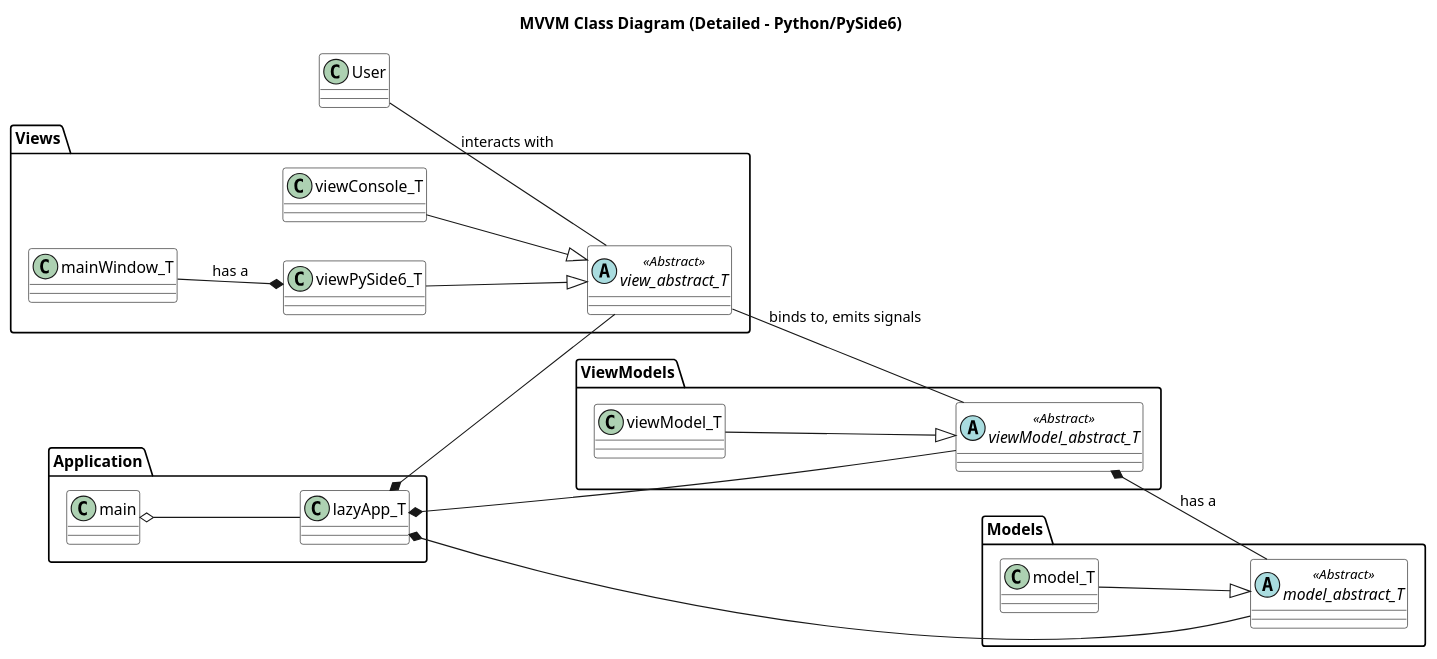
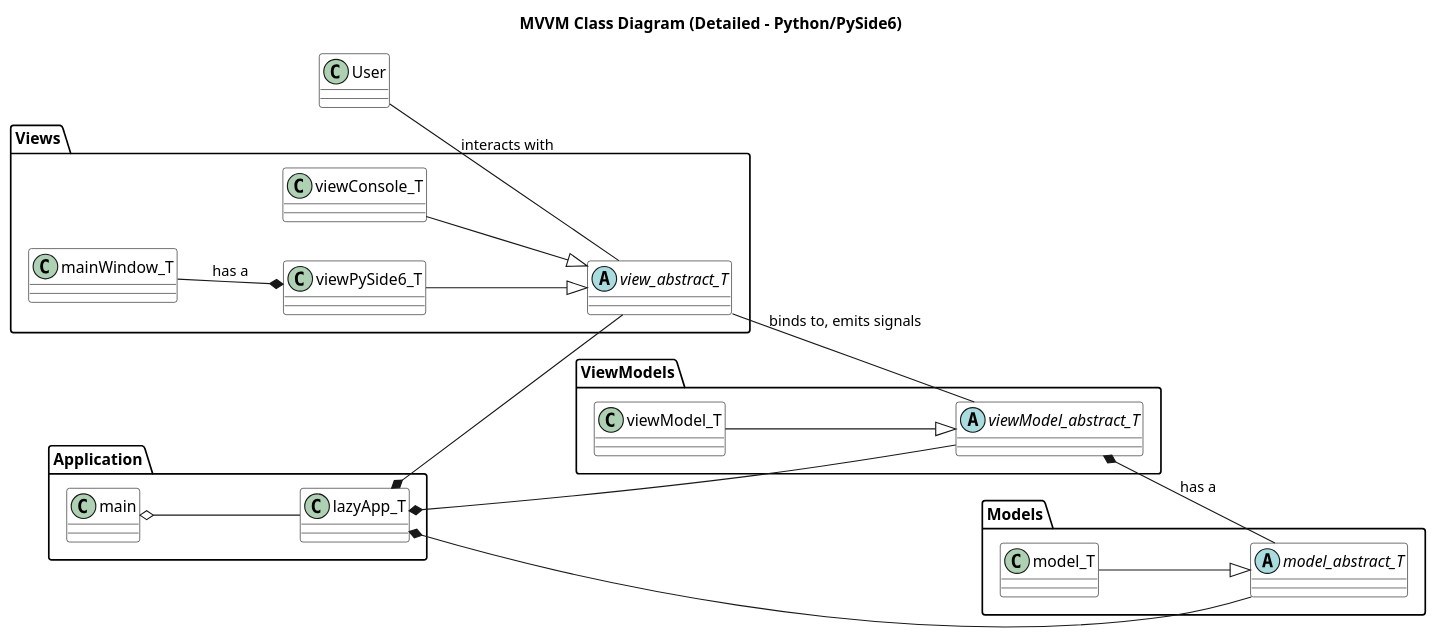
One commit to anhembedded/RsLazyApp changed the diagram in design/uml/classGeneral.plantuml. Above: the diagram before and after it, drawn with PlantUML. The commit also changed 5 other files, not shown here.

Commit message:
update sequence diagram

```diff
--- a/design/uml/classGeneral.plantuml
+++ b/design/uml/classGeneral.plantuml
@@ -1,55 +1,55 @@
 @startuml MVVM Class Diagram
 title **MVVM Class Diagram (Detailed - Python/PySide6)**
 
 left to right direction
 
 class User {
 }
 
 package "Views" {
-    abstract view_abstract_T <<Abstract>>
+    abstract view_abstract_T
     class viewPySide6_T
     class viewConsole_T
     class mainWindow_T
     viewPySide6_T --|> view_abstract_T
     viewConsole_T --|> view_abstract_T
     mainWindow_T --* viewPySide6_T : has a
 }
 
 package "ViewModels" {
-    abstract viewModel_abstract_T <<Abstract>>
+    abstract viewModel_abstract_T
     class viewModel_T
     viewModel_T --|> viewModel_abstract_T
 }
 
 package "Models" {
-    abstract model_abstract_T <<Abstract>>
+    abstract model_abstract_T
     class model_T
     model_T --|> model_abstract_T
 }
 
 package "Application" {
     class lazyApp_T
     class main
     lazyApp_T *-- view_abstract_T
     lazyApp_T *-- viewModel_abstract_T
     lazyApp_T *-- model_abstract_T
     main o-- lazyApp_T
 }
 
 User -- view_abstract_T : interacts with
 view_abstract_T -- viewModel_abstract_T : binds to, emits signals
 viewModel_abstract_T *-- model_abstract_T : has a
 
 
 skinparam class {
     BackgroundColor White
     BorderColor Black
 }
 skinparam abstract{
     BackgroundColor LightGray
     BorderColor Black
     FontStyle italic
 }
 
 @enduml
```
